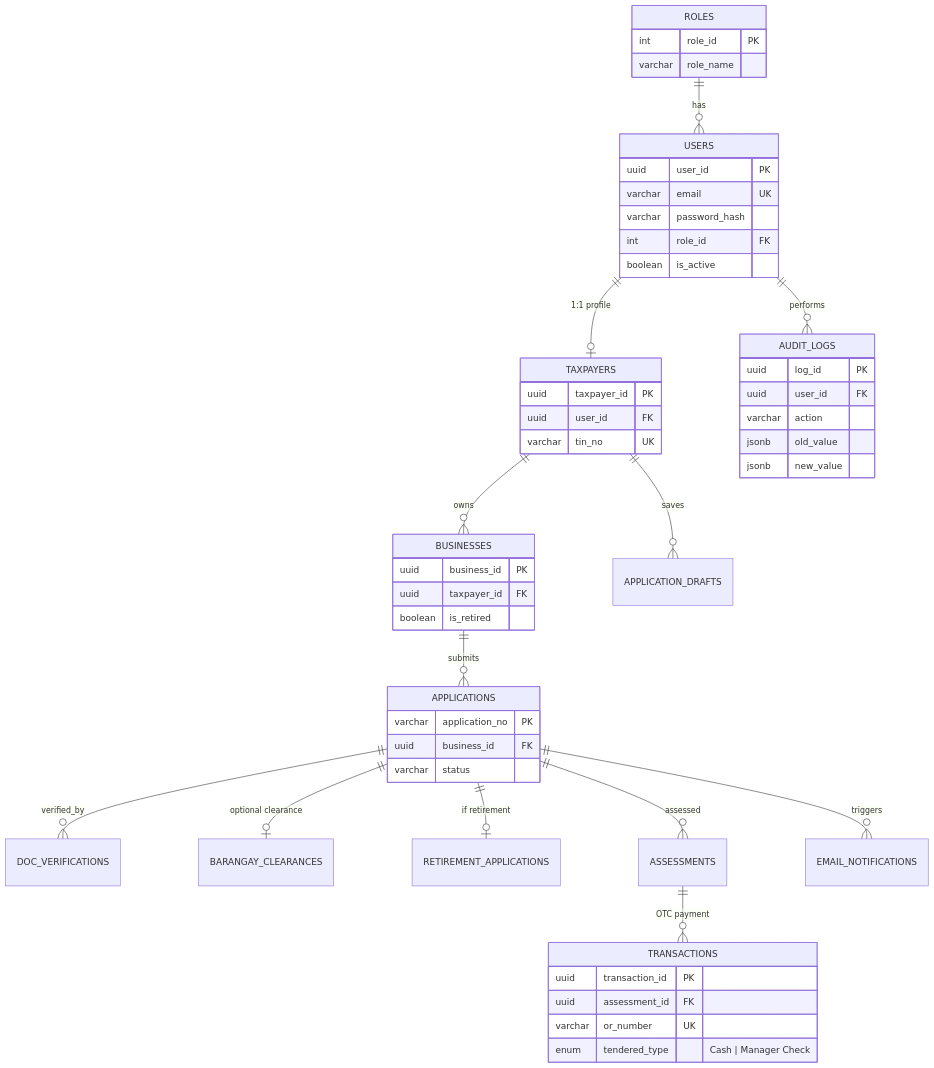
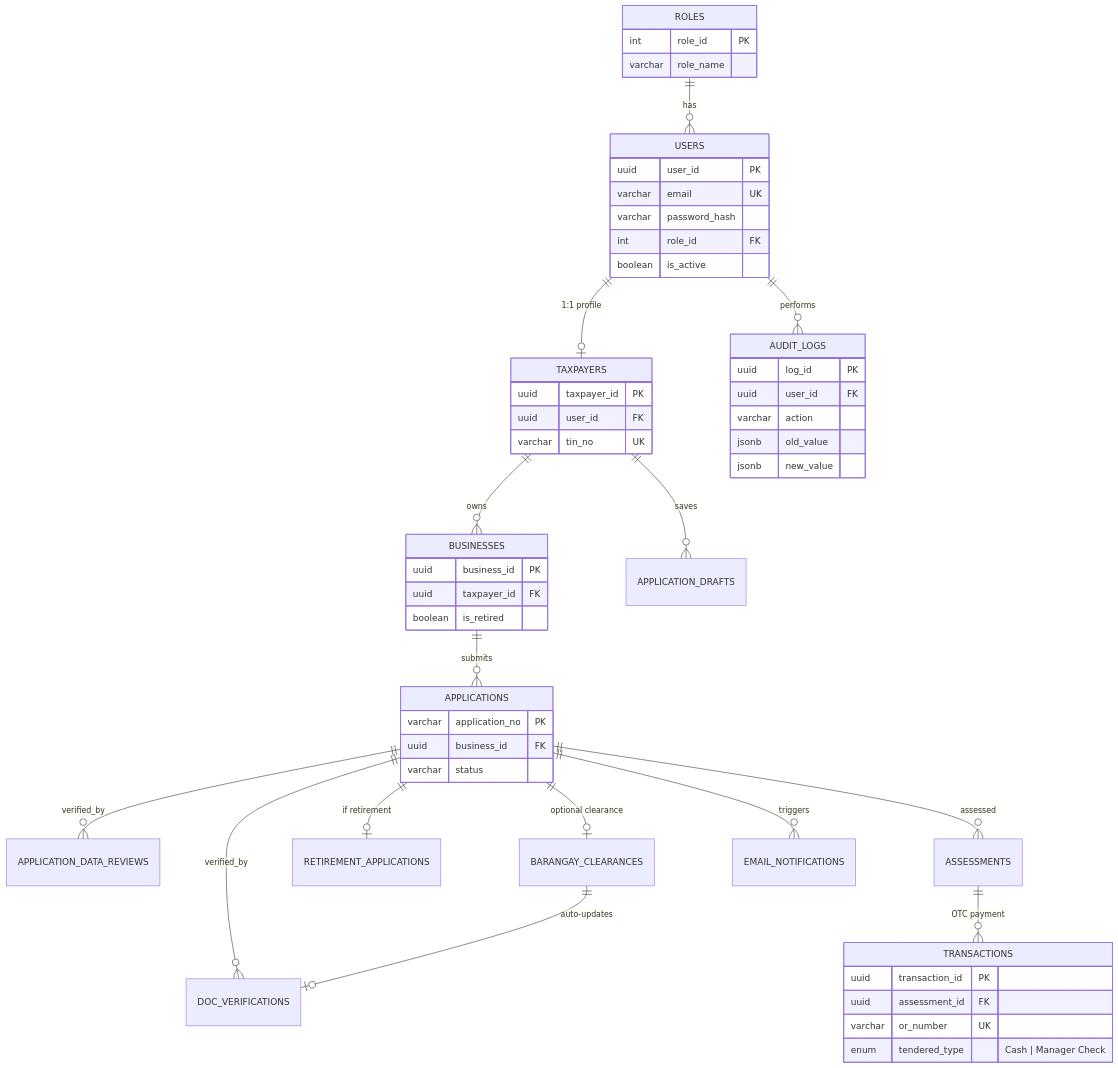
The fourth of 6 diagrams in system-planning/eBPLS_System_Architecture.md (albuerocedrick/ebpls), drawn with Mermaid before and after one commit. The commit also changed other lines of this file and 2 other files, not shown here.

````diff
--- a/system-planning/eBPLS_System_Architecture.md
+++ b/system-planning/eBPLS_System_Architecture.md
@@ -237,55 +245,57 @@
 ```mermaid
 erDiagram
     ROLES ||--o{ USERS : has
     USERS ||--o| TAXPAYERS : "1:1 profile"
     TAXPAYERS ||--o{ BUSINESSES : owns
     TAXPAYERS ||--o{ APPLICATION_DRAFTS : saves
     BUSINESSES ||--o{ APPLICATIONS : submits
     APPLICATIONS ||--o{ DOC_VERIFICATIONS : verified_by
+    APPLICATIONS ||--o{ APPLICATION_DATA_REVIEWS : verified_by
     APPLICATIONS ||--o| BARANGAY_CLEARANCES : "optional clearance"
+    BARANGAY_CLEARANCES ||--o| DOC_VERIFICATIONS : "auto-updates"
     APPLICATIONS ||--o| RETIREMENT_APPLICATIONS : "if retirement"
     APPLICATIONS ||--o{ ASSESSMENTS : assessed
     ASSESSMENTS ||--o{ TRANSACTIONS : "OTC payment"
     APPLICATIONS ||--o{ EMAIL_NOTIFICATIONS : triggers
     USERS ||--o{ AUDIT_LOGS : performs
 
     ROLES {
         int role_id PK
         varchar role_name
     }
     USERS {
         uuid user_id PK
         varchar email UK
         varchar password_hash
         int role_id FK
         boolean is_active
     }
     TAXPAYERS {
         uuid taxpayer_id PK
         uuid user_id FK
         varchar tin_no UK
     }
     BUSINESSES {
         uuid business_id PK
         uuid taxpayer_id FK
         boolean is_retired
     }
     APPLICATIONS {
         varchar application_no PK
         uuid business_id FK
         varchar status
     }
     TRANSACTIONS {
         uuid transaction_id PK
         uuid assessment_id FK
         varchar or_number UK
         enum tendered_type "Cash | Manager Check"
     }
     AUDIT_LOGS {
         uuid log_id PK
         uuid user_id FK
         varchar action
         jsonb old_value
         jsonb new_value
     }
 ```
````
